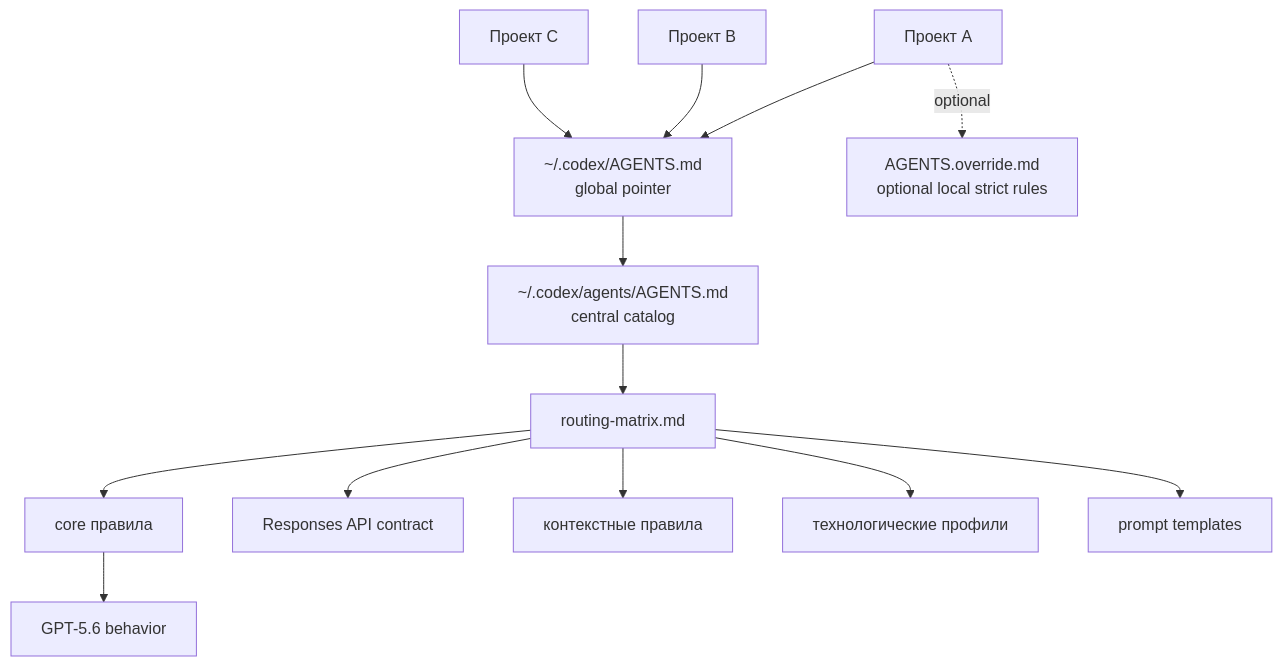
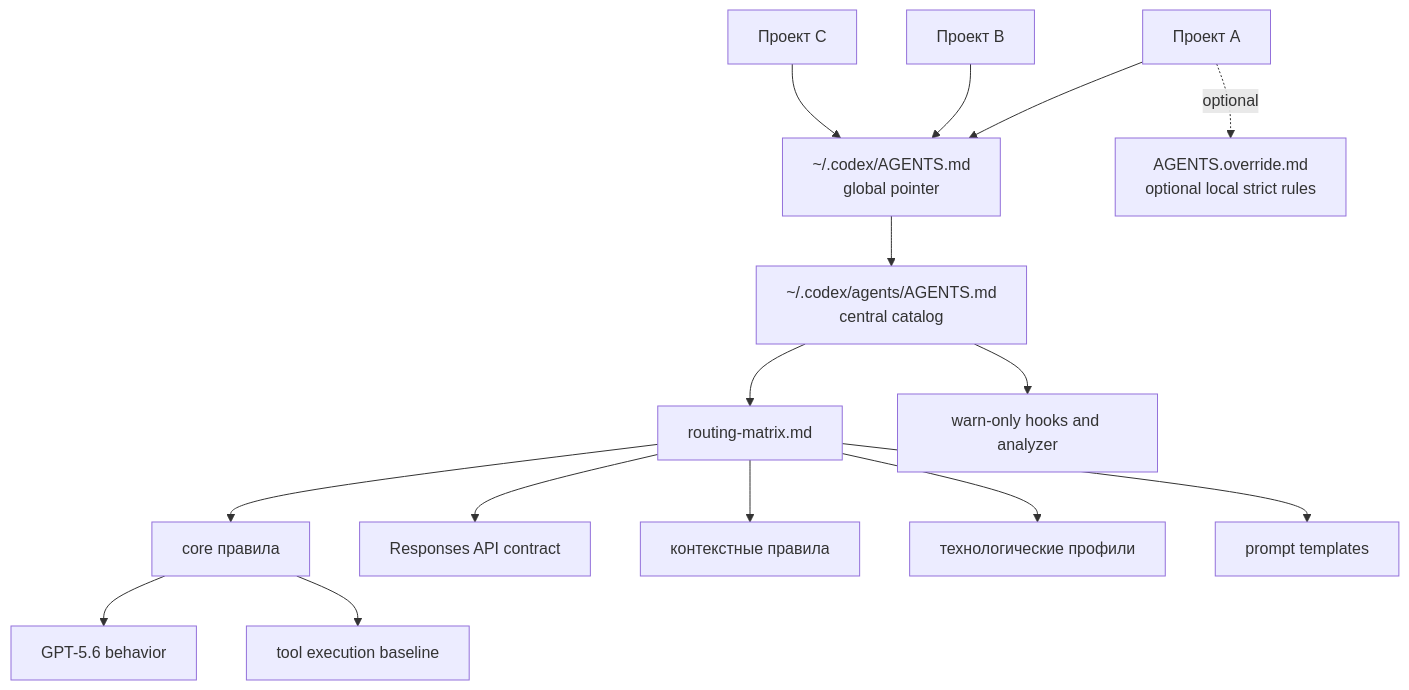
One commit to Kibnet/Agents.md changed the diagram in README.md. Above: the diagram before and after it, drawn with Mermaid. The commit also changed other lines of this file and 37 other files, not shown here.

````diff
--- a/README.md
+++ b/README.md
@@ -55,36 +55,40 @@
 ```mermaid
 flowchart TD
 
 CodexHome[~/.codex/AGENTS.md<br/>global pointer]
 Central[~/.codex/agents/AGENTS.md<br/>central catalog]
 
 RepoA[Проект A]
 RepoB[Проект B]
 RepoC[Проект C]
 Override[AGENTS.override.md<br/>optional local strict rules]
 
 Router[routing-matrix.md]
 
 Core[core правила]
 Model[GPT-5.6 behavior]
+ToolExecution[tool execution baseline]
 Responses[Responses API contract]
 Contexts[контекстные правила]
 Profiles[технологические профили]
 Prompts[prompt templates]
+Operations[warn-only hooks and analyzer]
 
 CodexHome --> Central
 
 RepoA --> CodexHome
 RepoB --> CodexHome
 RepoC --> CodexHome
 RepoA -. optional .-> Override
 
 Central --> Router
 
 Router --> Core
 Core --> Model
+Core --> ToolExecution
 Router --> Responses
 Router --> Contexts
 Router --> Profiles
 Router --> Prompts
+Central --> Operations
 ```
````
